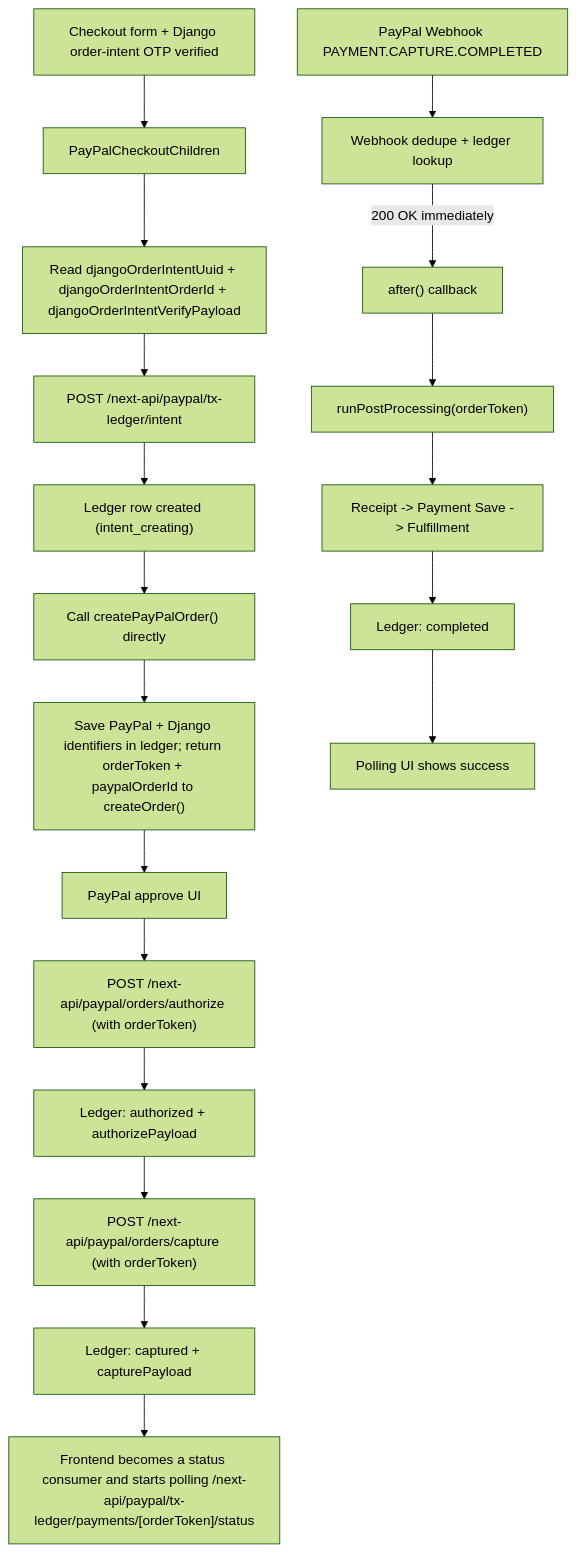
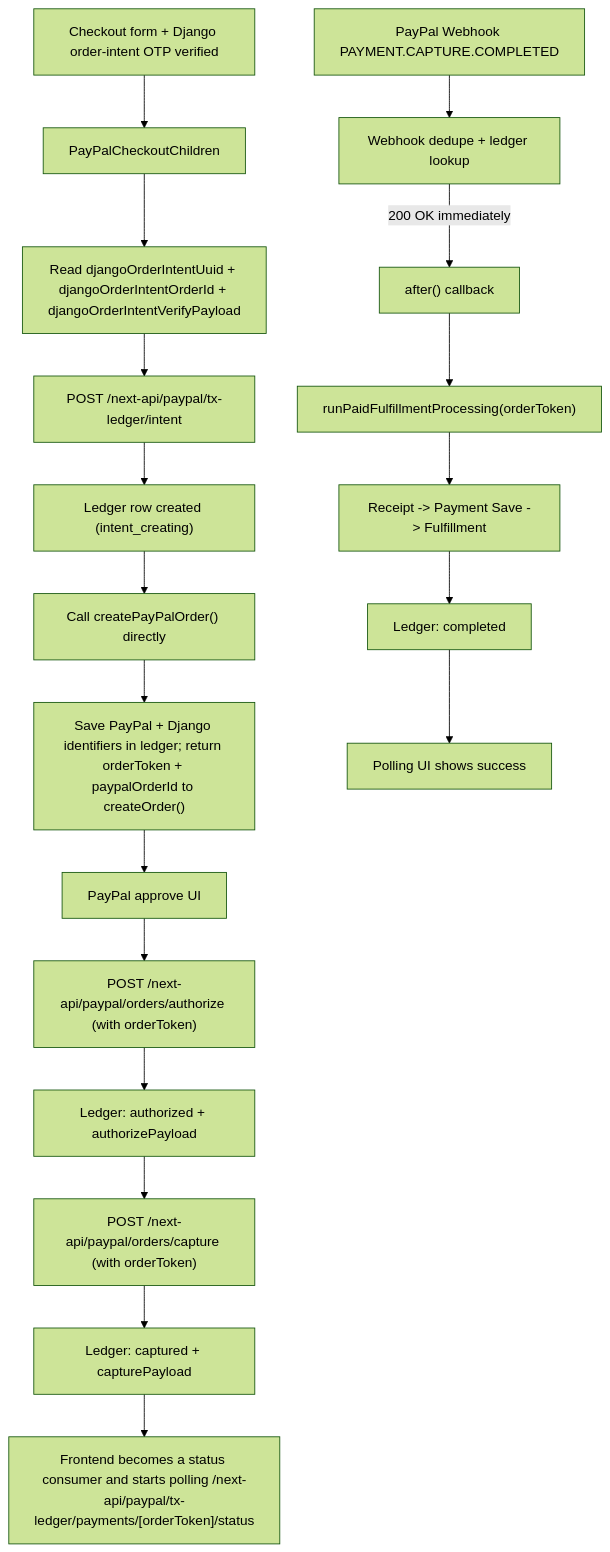
The first of 2 diagrams in Future Implementation Guides/PAYPAL_TX_LEDGER_GUIDE.md (Codex-Christi/codex_christi_frontend), drawn with Mermaid (forest theme) before and after one commit. The commit also changed other lines of this file and 21 other files, not shown here.

````diff
--- a/Future Implementation Guides/PAYPAL_TX_LEDGER_GUIDE.md
+++ b/Future Implementation Guides/PAYPAL_TX_LEDGER_GUIDE.md
@@ -172,21 +172,21 @@
 ```mermaid
 flowchart TD
   A["Checkout form + Django order-intent OTP verified"] --> B["PayPalCheckoutChildren"]
   B --> B2["Read djangoOrderIntentUuid + djangoOrderIntentOrderId + djangoOrderIntentVerifyPayload"]
   B2 --> C["POST /next-api/paypal/tx-ledger/intent"]
   C --> D["Ledger row created (intent_creating)"]
   D --> E["Call createPayPalOrder() directly"]
   E --> F["Save PayPal + Django identifiers in ledger; return orderToken + paypalOrderId to createOrder()"]
   F --> G["PayPal approve UI"]
   G --> H["POST /next-api/paypal/orders/authorize (with orderToken)"]
   H --> I["Ledger: authorized + authorizePayload"]
   I --> J["POST /next-api/paypal/orders/capture (with orderToken)"]
   J --> K["Ledger: captured + capturePayload"]
   K --> L["Frontend becomes a status consumer and starts polling /next-api/paypal/tx-ledger/payments/[orderToken]/status"]
   M["PayPal Webhook PAYMENT.CAPTURE.COMPLETED"] --> N["Webhook dedupe + ledger lookup"]
   N --> |"200 OK immediately"| N2["after() callback"]
-  N2 --> O["runPostProcessing(orderToken)"]
+  N2 --> O["runPaidFulfillmentProcessing(orderToken)"]
   O --> P["Receipt -> Payment Save -> Fulfillment"]
   P --> Q["Ledger: completed"]
   Q --> R["Polling UI shows success"]
 ```
````
